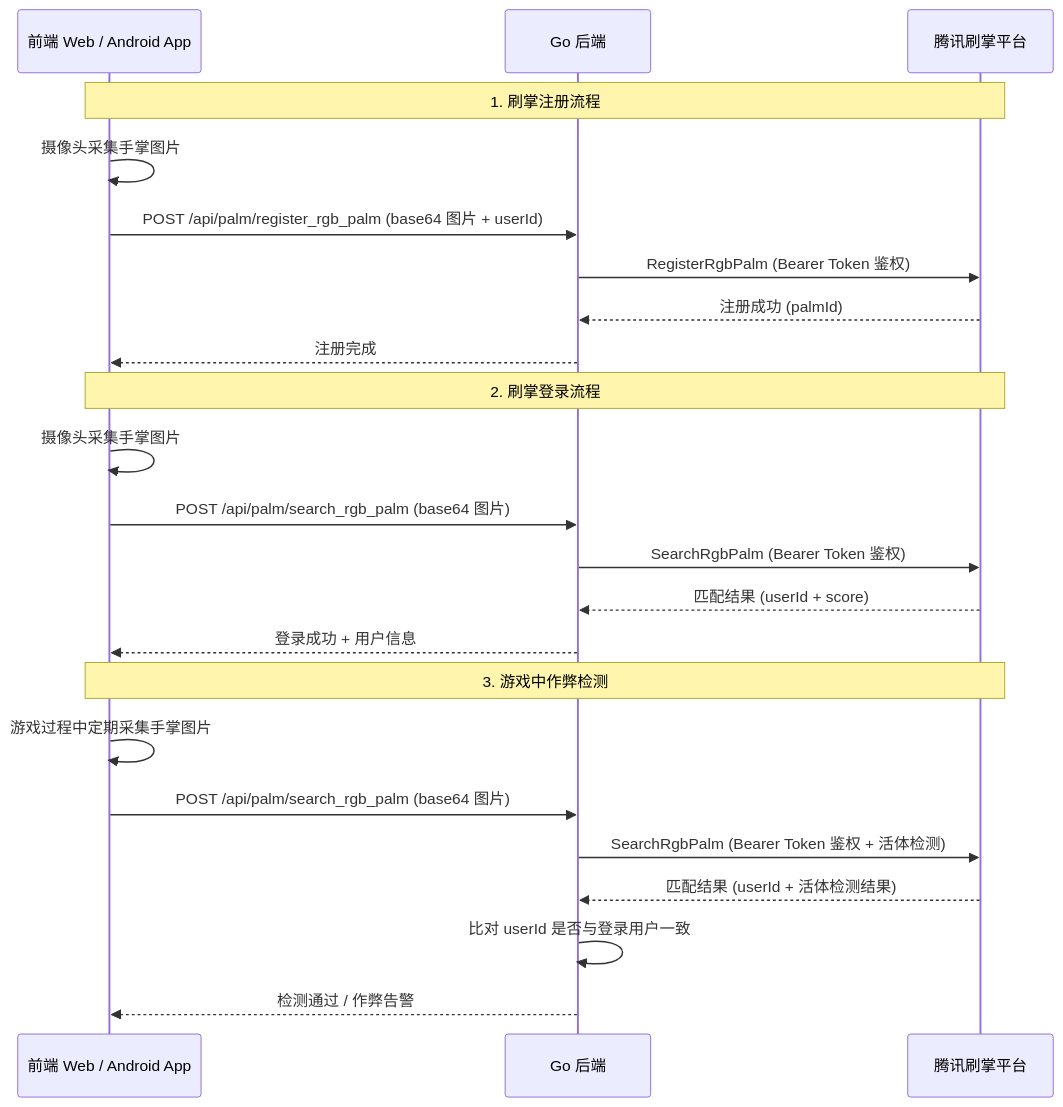
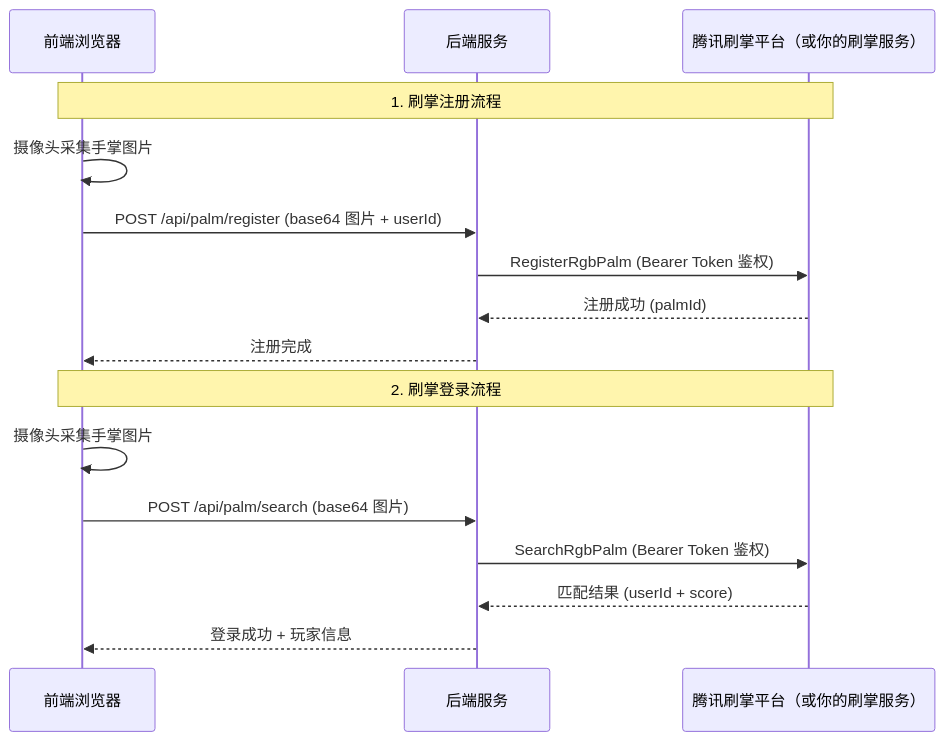
Before and after one commit to TencentYoutuResearch/Palm-Applications: the diagram in README.md, drawn with Mermaid. The commit also changed other lines of this file and 1 other file, not shown here.

````diff
--- a/README.md
+++ b/README.md
@@ -202,28 +145,20 @@
 ```mermaid
 sequenceDiagram
-    participant Client as 前端 Web / Android App
-    participant Server as Go 后端
-    participant Palm as 腾讯刷掌平台
+    participant Client as 前端浏览器
+    participant Server as 后端服务
+    participant Palm as 腾讯刷掌平台（或你的刷掌服务）
 
     Note over Client,Palm: 1. 刷掌注册流程
     Client->>Client: 摄像头采集手掌图片
-    Client->>Server: POST /api/palm/register_rgb_palm (base64 图片 + userId)
+    Client->>Server: POST /api/palm/register (base64 图片 + userId)
     Server->>Palm: RegisterRgbPalm (Bearer Token 鉴权)
     Palm-->>Server: 注册成功 (palmId)
     Server-->>Client: 注册完成
 
     Note over Client,Palm: 2. 刷掌登录流程
     Client->>Client: 摄像头采集手掌图片
-    Client->>Server: POST /api/palm/search_rgb_palm (base64 图片)
+    Client->>Server: POST /api/palm/search (base64 图片)
     Server->>Palm: SearchRgbPalm (Bearer Token 鉴权)
     Palm-->>Server: 匹配结果 (userId + score)
-    Server-->>Client: 登录成功 + 用户信息
-
-    Note over Client,Palm: 3. 游戏中作弊检测
-    Client->>Client: 游戏过程中定期采集手掌图片
-    Client->>Server: POST /api/palm/search_rgb_palm (base64 图片)
-    Server->>Palm: SearchRgbPalm (Bearer Token 鉴权 + 活体检测)
-    Palm-->>Server: 匹配结果 (userId + 活体检测结果)
-    Server->>Server: 比对 userId 是否与登录用户一致
-    Server-->>Client: 检测通过 / 作弊告警
+    Server-->>Client: 登录成功 + 玩家信息
 ```
````
